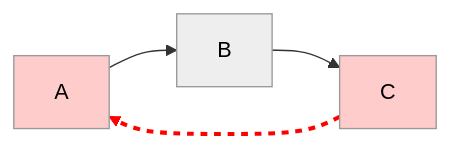
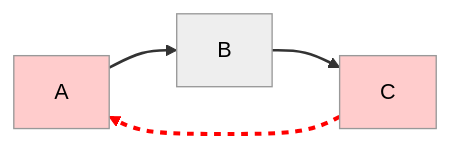
Before and after one commit to debjan/knowledge-graph: the fourth of 9 diagrams in skills/knowledge-graph/assets/mermaid/templates/graph-relationships.md, drawn with Mermaid (neutral theme). The commit also changed other lines of this file and 9 other files, not shown here.

Commit message:
Enhance mermaid linkStyle syntax

````diff
--- a/skills/knowledge-graph/assets/mermaid/templates/graph-relationships.md
+++ b/skills/knowledge-graph/assets/mermaid/templates/graph-relationships.md
@@ -92,15 +92,15 @@
 ```mermaid
 graph LR
     A --> B
     B --> C
     C --> A
 
-    %% Cycle indicator
-    linkStyle 0 stroke:#333
-    linkStyle 1 stroke:#333
+    %% Cycle indicator (Full attribute syntax required for compatibility)
+    linkStyle 0 stroke:#333,stroke-width:2px
+    linkStyle 1 stroke:#333,stroke-width:2px
     linkStyle 2 stroke:#ff0000,stroke-width:3px,stroke-dasharray: 5 5
 
     %% Cycle participants
     style A fill:#ffcccc
     style C fill:#ffcccc
 ```
````
